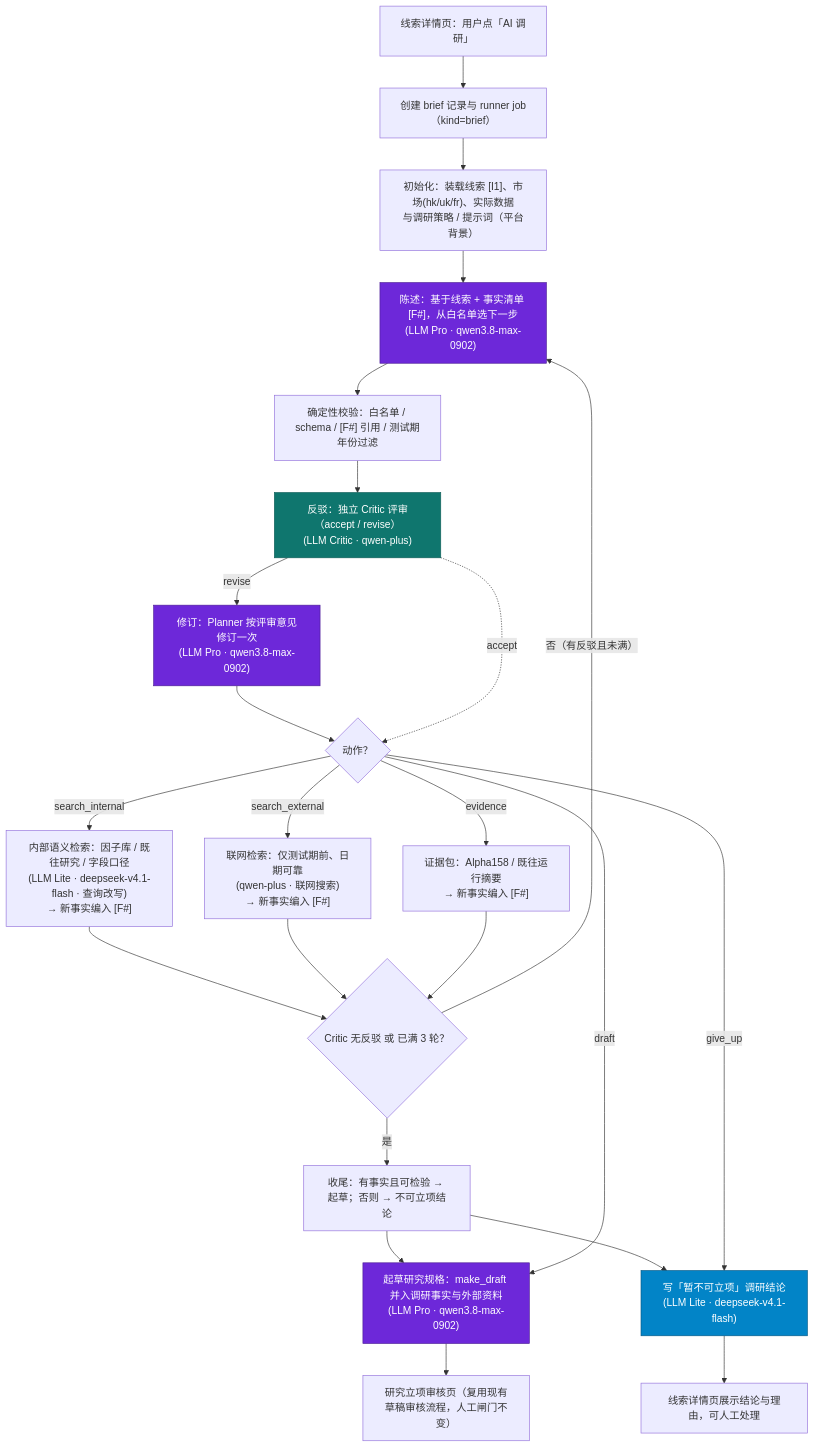
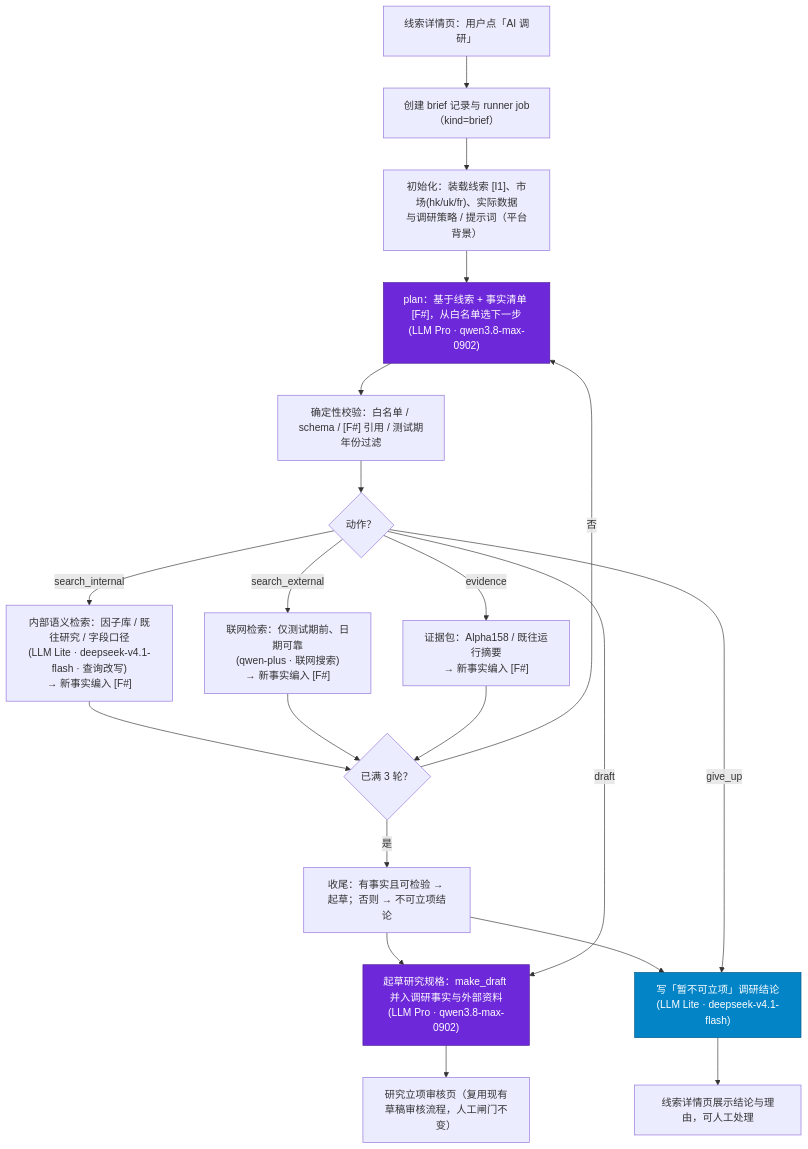
Before and after one commit to nuke-yu/factopia: the second of 3 diagrams in docs/Agentic-workflow-线索-AI调研.md, drawn with Mermaid. The commit also changed other lines of this file and 4 other files, not shown here.

````diff
--- a/docs/Agentic-workflow-线索-AI调研.md
+++ b/docs/Agentic-workflow-线索-AI调研.md
@@ -91,32 +82,27 @@
 ```mermaid
 flowchart TD
     A["线索详情页：用户点「AI 调研」"] --> B["创建 brief 记录与 runner job（kind=brief）"]
     B --> C["初始化：装载线索 [I1]、市场(hk/uk/fr)、实际数据<br/>与调研策略 / 提示词（平台背景）"]
-    C --> P["陈述：基于线索 + 事实清单 [F#]，从白名单选下一步<br/>(LLM Pro · qwen3.8-max-0902)"]
+    C --> P["plan：基于线索 + 事实清单 [F#]，从白名单选下一步<br/>(LLM Pro · qwen3.8-max-0902)"]
     P --> V["确定性校验：白名单 / schema / [F#] 引用 / 测试期年份过滤"]
-    V --> CR["反驳：独立 Critic 评审（accept / revise）<br/>(LLM Critic · qwen-plus)"]
-    CR -->|"revise"| PR["修订：Planner 按评审意见修订一次<br/>(LLM Pro · qwen3.8-max-0902)"]
-    PR --> T{"动作？"}
-    CR -.->|"accept"| T
+    V --> T{"动作？"}
     T -->|"search_internal"| E1["内部语义检索：因子库 / 既往研究 / 字段口径<br/>(LLM Lite · deepseek-v4.1-flash · 查询改写)<br/>→ 新事实编入 [F#]"]
     T -->|"search_external"| E2["联网检索：仅测试期前、日期可靠<br/>(qwen-plus · 联网搜索)<br/>→ 新事实编入 [F#]"]
     T -->|"evidence"| E3["证据包：Alpha158 / 既往运行摘要<br/>→ 新事实编入 [F#]"]
-    E1 --> R{"Critic 无反驳 或 已满 3 轮？"}
+    E1 --> R{"已满 3 轮？"}
     E2 --> R
     E3 --> R
-    R -->|"否（有反驳且未满）"| P
+    R -->|"否"| P
     R -->|"是"| F["收尾：有事实且可检验 → 起草；否则 → 不可立项结论"]
     F --> DR["起草研究规格：make_draft 并入调研事实与外部资料<br/>(LLM Pro · qwen3.8-max-0902)"]
     F --> GU["写「暂不可立项」调研结论<br/>(LLM Lite · deepseek-v4.1-flash)"]
     T -->|"draft"| DR
     T -->|"give_up"| GU
     DR --> H["研究立项审核页（复用现有草稿审核流程，人工闸门不变）"]
     GU --> G["线索详情页展示结论与理由，可人工处理"]
 
     classDef pro fill:#6d28d9,color:#fff,stroke:#4c1d95
     classDef lite fill:#0284c7,color:#fff,stroke:#075985
-    classDef critic fill:#0f766e,color:#fff,stroke:#115e59
-    class P,PR,DR pro
-    class CR critic
+    class P,DR pro
     class GU lite
 ```
````
